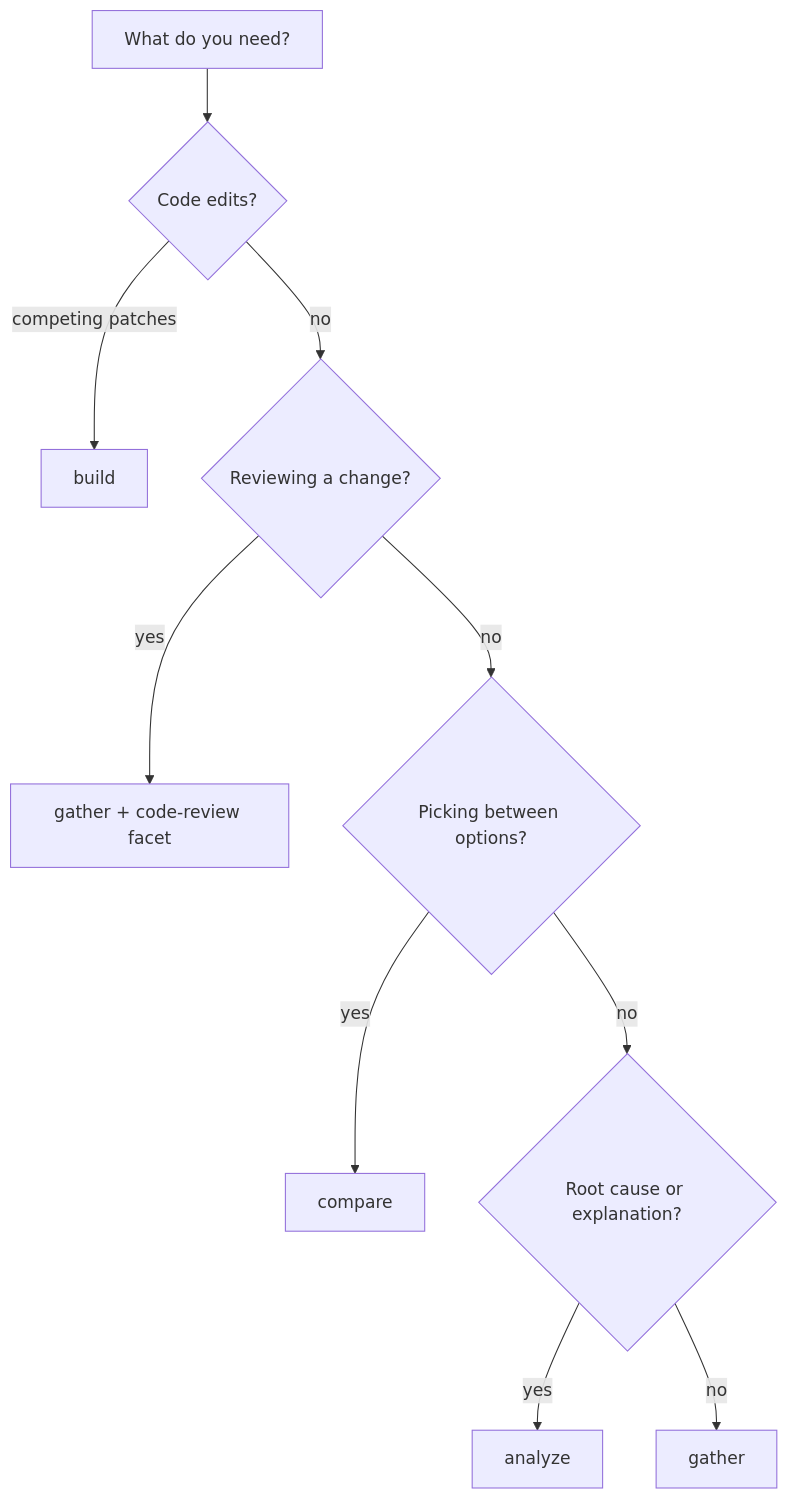
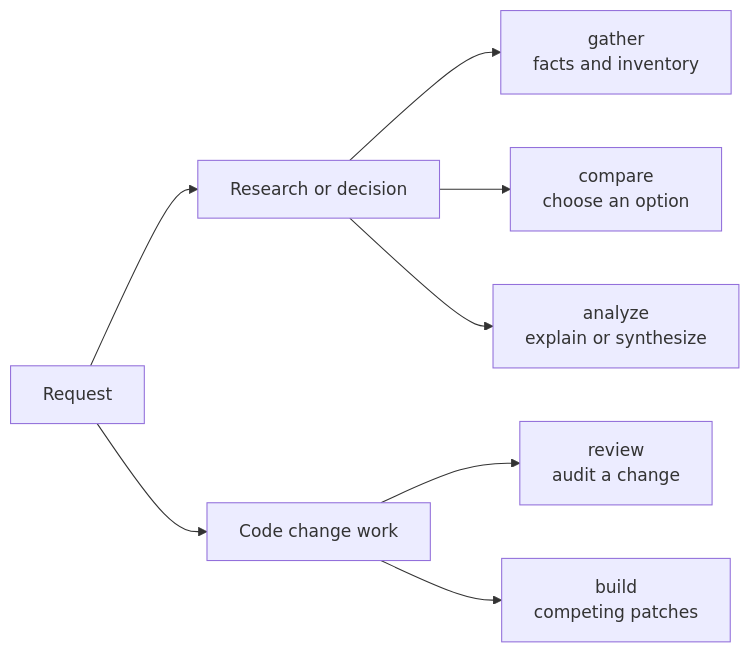
The first of 3 diagrams in bakeoff/README.md (mstefanko/claude-plugins), drawn with Mermaid before and after one commit. The commit also changed other lines of this file, not shown here.

````diff
--- a/bakeoff/README.md
+++ b/bakeoff/README.md
@@ -17,12 +17,10 @@
 ```mermaid
-flowchart TD
-    Q[What do you need?] --> R{Code edits?}
-    R -->|competing patches| BUILD[build]
-    R -->|no| S{Reviewing a change?}
-    S -->|yes| REVIEW[gather + code-review facet]
-    S -->|no| T{Picking between options?}
-    T -->|yes| COMPARE[compare]
-    T -->|no| U{Root cause or explanation?}
-    U -->|yes| ANALYZE[analyze]
-    U -->|no| GATHER[gather]
+flowchart LR
+    REQ[Request] --> RESEARCH[Research or decision]
+    REQ --> CODE[Code change work]
+    RESEARCH --> GATHER[gather<br/>facts and inventory]
+    RESEARCH --> COMPARE[compare<br/>choose an option]
+    RESEARCH --> ANALYZE[analyze<br/>explain or synthesize]
+    CODE --> REVIEW[review<br/>audit a change]
+    CODE --> BUILD[build<br/>competing patches]
 ```
````
